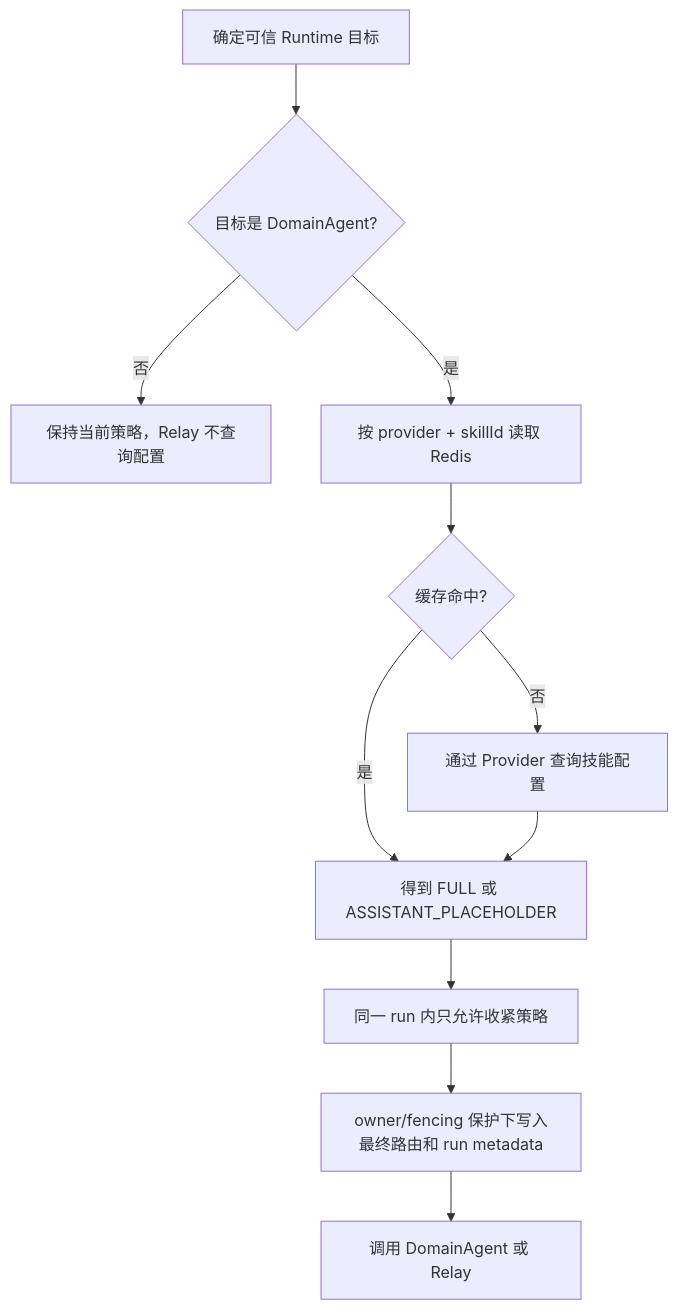
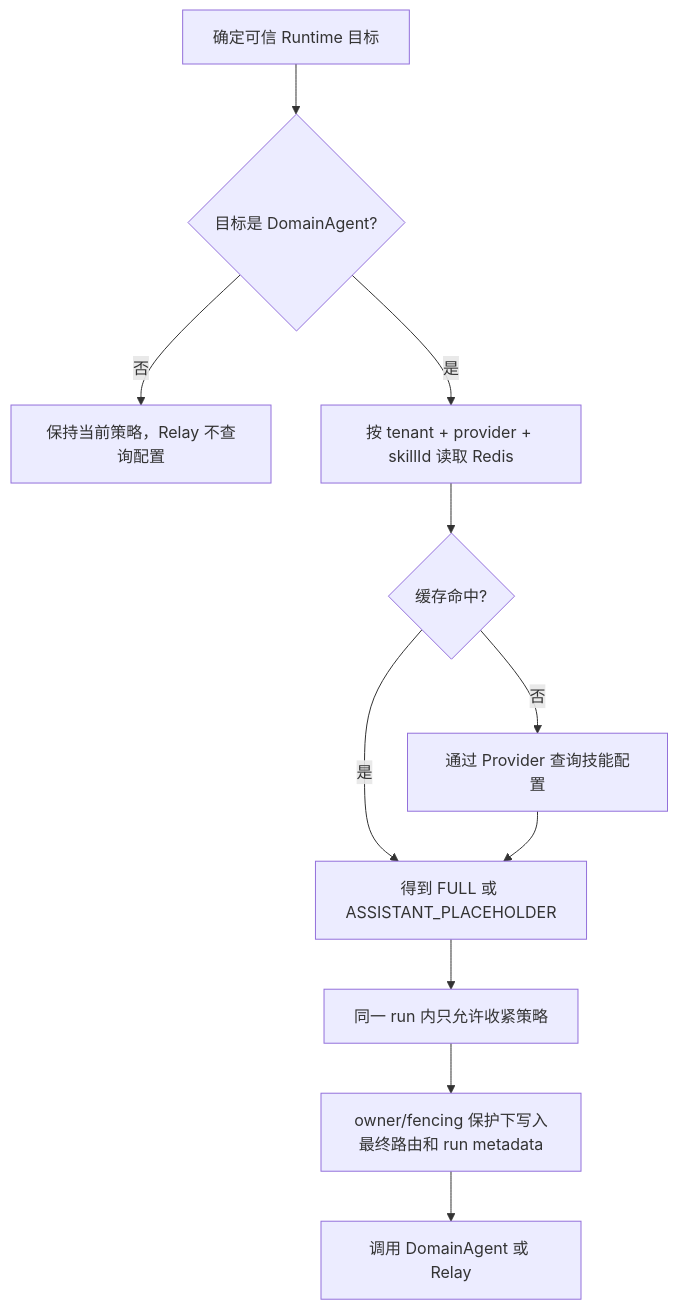
One commit to kunben-duck/exweb changed the diagram in docs/architecture/domain-agent-assistant-persistence.md. Above: the diagram before and after it, drawn with Mermaid. The commit also changed other lines of this file and 28 other files, not shown here.

````diff
--- a/docs/architecture/domain-agent-assistant-persistence.md
+++ b/docs/architecture/domain-agent-assistant-persistence.md
@@ -80,13 +64,13 @@
 ```mermaid
 flowchart TD
     A["确定可信 Runtime 目标"] --> B{"目标是 DomainAgent?"}
     B -- "否" --> C["保持当前策略，Relay 不查询配置"]
-    B -- "是" --> D["按 provider + skillId 读取 Redis"]
+    B -- "是" --> D["按 tenant + provider + skillId 读取 Redis"]
     D --> E{"缓存命中?"}
     E -- "是" --> F["得到 FULL 或 ASSISTANT_PLACEHOLDER"]
     E -- "否" --> G["通过 Provider 查询技能配置"]
     G --> F
     F --> H["同一 run 内只允许收紧策略"]
     H --> I["owner/fencing 保护下写入最终路由和 run metadata"]
     I --> J["调用 DomainAgent 或 Relay"]
 ```
````
